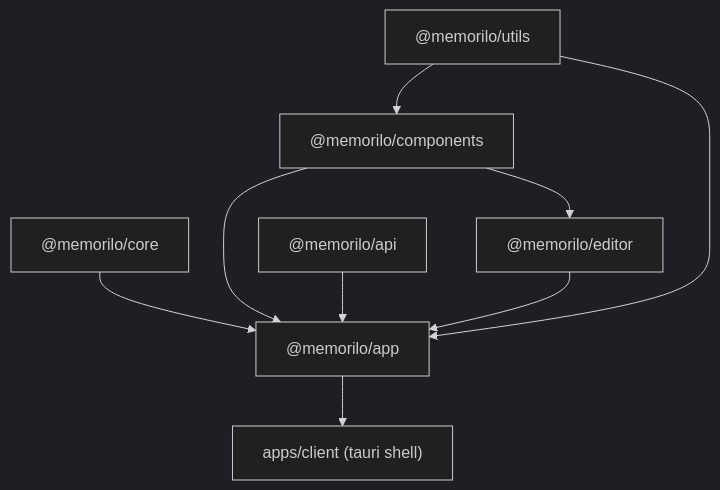
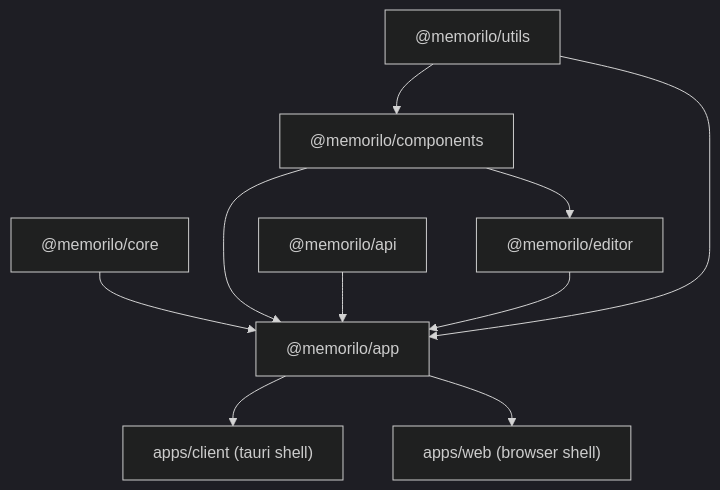
One commit to memorilo/memorilo changed the diagram in CONTRIBUTING.md. Above: the diagram before and after it, drawn with Mermaid (dark theme). The commit also changed other lines of this file and 20 other files, not shown here.

````diff
--- a/CONTRIBUTING.md
+++ b/CONTRIBUTING.md
@@ -3,19 +3,21 @@
 ```mermaid
 graph TD
     Core["@memorilo/core"]
     App["@memorilo/app"]
     Client["apps/client (tauri shell)"]
+    Web["apps/web (browser shell)"]
     Components["@memorilo/components"]
     API["@memorilo/api"]
     Editor["@memorilo/editor"]
     Utils["@memorilo/utils"]
 
     Core-->App
     Components-->App
     API-->App
     Editor-->App
     Components-->Editor
     Utils-->Components
     Utils-->App
     App-->Client
+    App-->Web
 ```
````
